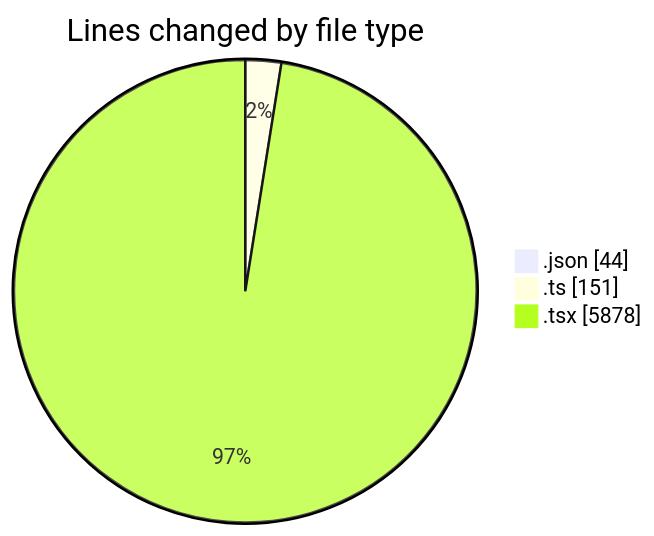
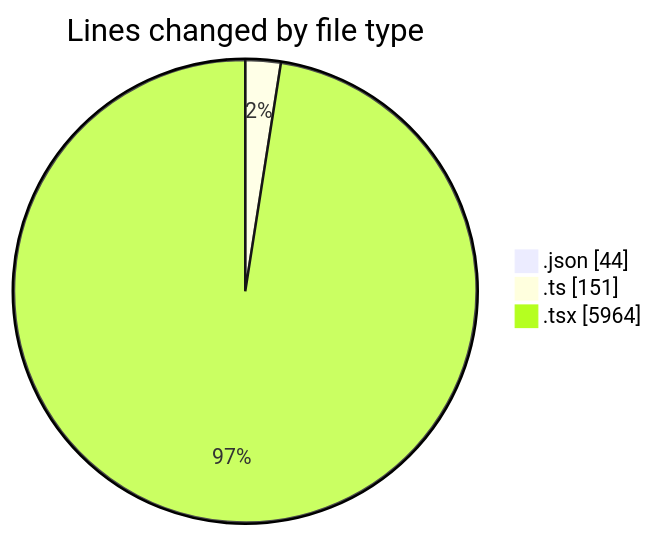
Before and after one commit to julien-gomy/code-tracking: the first of 2 diagrams in 2025-10-24/eventscop-frontend-guide__workspace_/README.md, drawn with Mermaid. The commit also changed other lines of this file and 1 other file, not shown here.

````diff
--- a/2025-10-24/eventscop-frontend-guide__workspace_/README.md
+++ b/2025-10-24/eventscop-frontend-guide__workspace_/README.md
@@ -38,7 +39,7 @@
 ```mermaid
 pie showData
 title Lines changed by file type
 ".json" : 44
 ".ts" : 151
-".tsx" : 5878
+".tsx" : 5964
 ```
````
